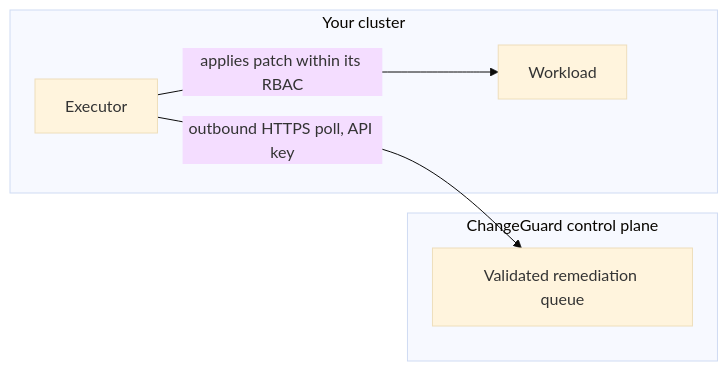
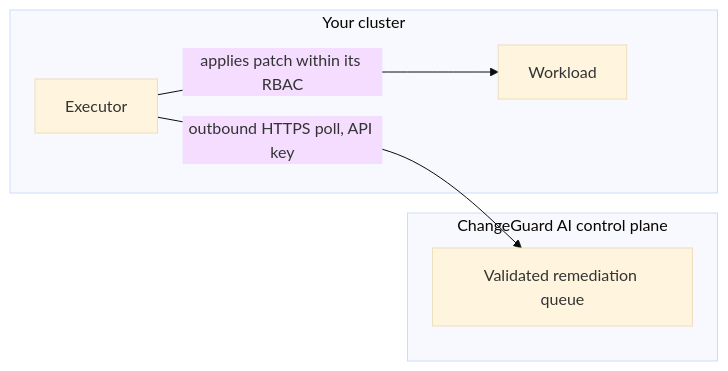
One commit to ChangeGuard-AI/docs changed the diagram in autonomy/rbac-boundaries.mdx. Above: the diagram before and after it, drawn with Mermaid (base theme). The commit also changed other lines of this file and 34 other files, not shown here.

````diff
--- a/autonomy/rbac-boundaries.mdx
+++ b/autonomy/rbac-boundaries.mdx
@@ -10,10 +10,10 @@
 ```mermaid
 flowchart LR
-    subgraph saas [ChangeGuard control plane]
+    subgraph saas [ChangeGuard AI control plane]
         Q[Validated remediation queue]
     end
     subgraph cluster [Your cluster]
         X[Executor] -->|applies patch within its RBAC| W[Workload]
     end
     X -->|outbound HTTPS poll, API key| Q
 ```
````
